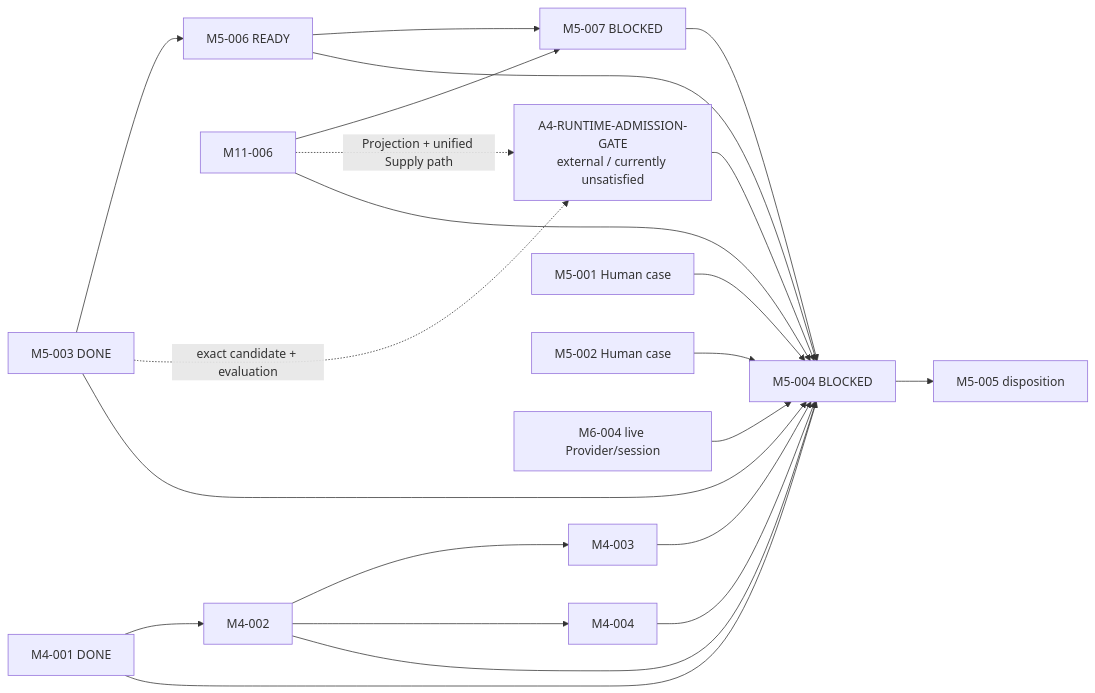
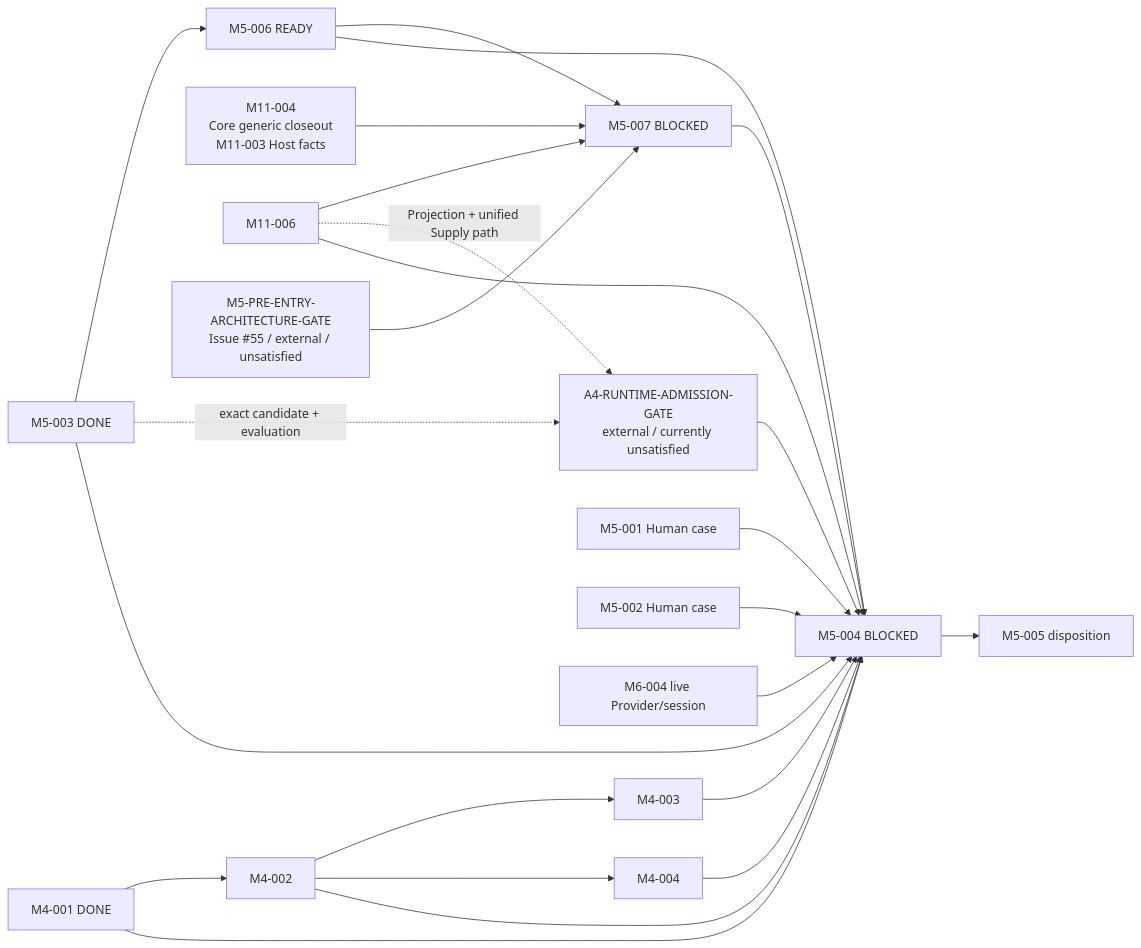
The second of 2 diagrams in docs/workstreams/chengyue-lu/M5-SYSTEM-EVALUATION-DESIGN/README.md (Chengyue-Lu/research-agent-workbench), drawn with Mermaid before and after one commit. The commit also changed other lines of this file and 5 other files, not shown here.

````diff
--- a/docs/workstreams/chengyue-lu/M5-SYSTEM-EVALUATION-DESIGN/README.md
+++ b/docs/workstreams/chengyue-lu/M5-SYSTEM-EVALUATION-DESIGN/README.md
@@ -161,27 +223,29 @@
 ```mermaid
 flowchart LR
     M5003["M5-003 DONE"] --> M5006["M5-006 READY"]
     M5006 --> M5007["M5-007 BLOCKED"]
+    M1104["M11-004<br/>Core generic closeout<br/>M11-003 Host facts"] --> M5007
     M1106["M11-006"] --> M5007
+    PREG["M5-PRE-ENTRY-ARCHITECTURE-GATE<br/>Issue #55 / external / unsatisfied"] --> M5007
 
     M5003 -. "exact candidate + evaluation" .-> A4G["A4-RUNTIME-ADMISSION-GATE<br/>external / currently unsatisfied"]
     M1106 -. "Projection + unified Supply path" .-> A4G
     A4G --> M5004
 
     M4001["M4-001 DONE"] --> M4002["M4-002"]
     M4002 --> M4003["M4-003"]
     M4002 --> M4004["M4-004"]
 
     M5001["M5-001 Human case"] --> M5004["M5-004 BLOCKED"]
     M5002["M5-002 Human case"] --> M5004
     M5003 --> M5004
     M5006 --> M5004
     M5007 --> M5004
     M4001 --> M5004
     M4002 --> M5004
     M4003 --> M5004
     M4004 --> M5004
     M1106 --> M5004
     M6004["M6-004 live Provider/session"] --> M5004
     M5004 --> M5005["M5-005 disposition"]
 ```
````
